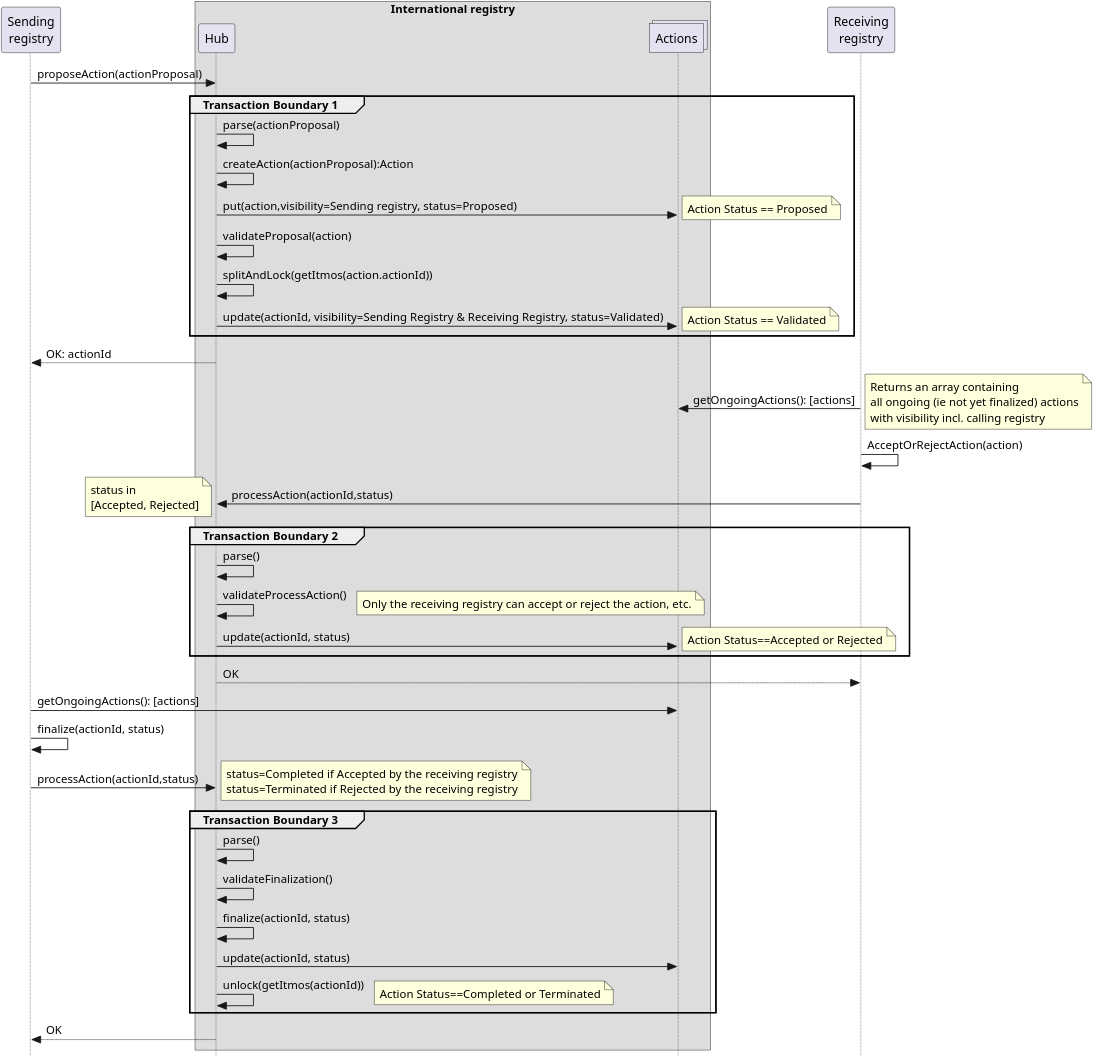
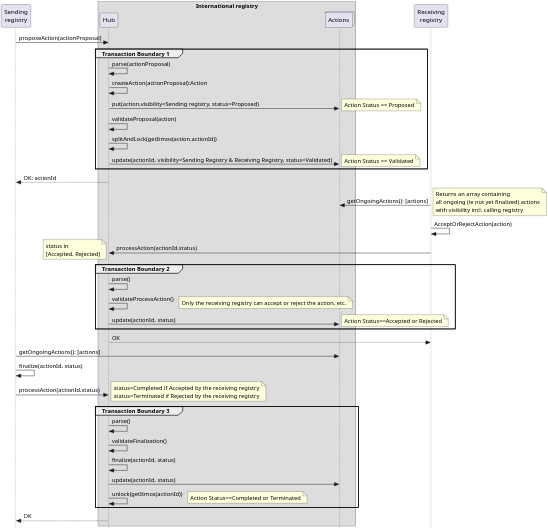
One commit to frankcnng/CARP changed the diagram in diagrams/actionsequenceint.pu. Above: the diagram before and after it, drawn with PlantUML.

```diff
--- a/diagrams/actionsequenceint.pu
+++ b/diagrams/actionsequenceint.pu
@@ -1,68 +1,68 @@
 @startuml ActionSequence
 
 skinparam style strictuml
-skinparam dpi 600
+skinparam dpi 300
 
 participant "Sending\nregistry" as Sender
 
 box "International registry"
   participant "Hub" as Hub
   collections "Actions" as Q
 end box
 
 participant "Receiving\nregistry" as Receiver
 
 Sender -> Hub : proposeAction(actionProposal)
 
 group Transaction Boundary 1
   Hub -> Hub: parse(actionProposal)
   Hub -> Hub: createAction(actionProposal):Action
   Hub -> Q: put(action,visibility=Sending registry, status=Proposed)
   note right: Action Status == Proposed
   Hub -> Hub: validateProposal(action)
   Hub -> Hub: splitAndLock(getItmos(action.actionId))
   Hub -> Q: update(actionId, visibility=Sending Registry & Receiving Registry, status=Validated)
   note right: Action Status == Validated
 end group
 
 Hub --> Sender: OK: actionId
 
 Receiver -> Q : getOngoingActions(): [actions]
 note right
   Returns an array containing 
   all ongoing (ie not yet finalized) actions
   with visibility incl. calling registry
 end note
 
 Receiver -> Receiver: AcceptOrRejectAction(action)
 Receiver -> Hub : processAction(actionId,status)
 note left: status in \n[Accepted, Rejected]
 
 group Transaction Boundary 2
   Hub -> Hub: parse()
   Hub -> Hub: validateProcessAction()
   note right: Only the receiving registry can accept or reject the action, etc.
   Hub -> Q: update(actionId, status)
   note right: Action Status==Accepted or Rejected
 end group
 Hub--> Receiver: OK
 
 Sender -> Q : getOngoingActions(): [actions]
 Sender -> Sender : finalize(actionId, status)
 Sender -> Hub : processAction(actionId,status)
 note right
   status=Completed if Accepted by the receiving registry
   status=Terminated if Rejected by the receiving registry
 end note
 
 group Transaction Boundary 3
   Hub -> Hub : parse()
   Hub -> Hub : validateFinalization()
   Hub -> Hub : finalize(actionId, status)
   Hub -> Q: update(actionId, status)
   Hub -> Hub: unlock(getItmos(actionId))
   note right: Action Status==Completed or Terminated
 end group
 Hub --> Sender: OK
 
 @enduml
```
